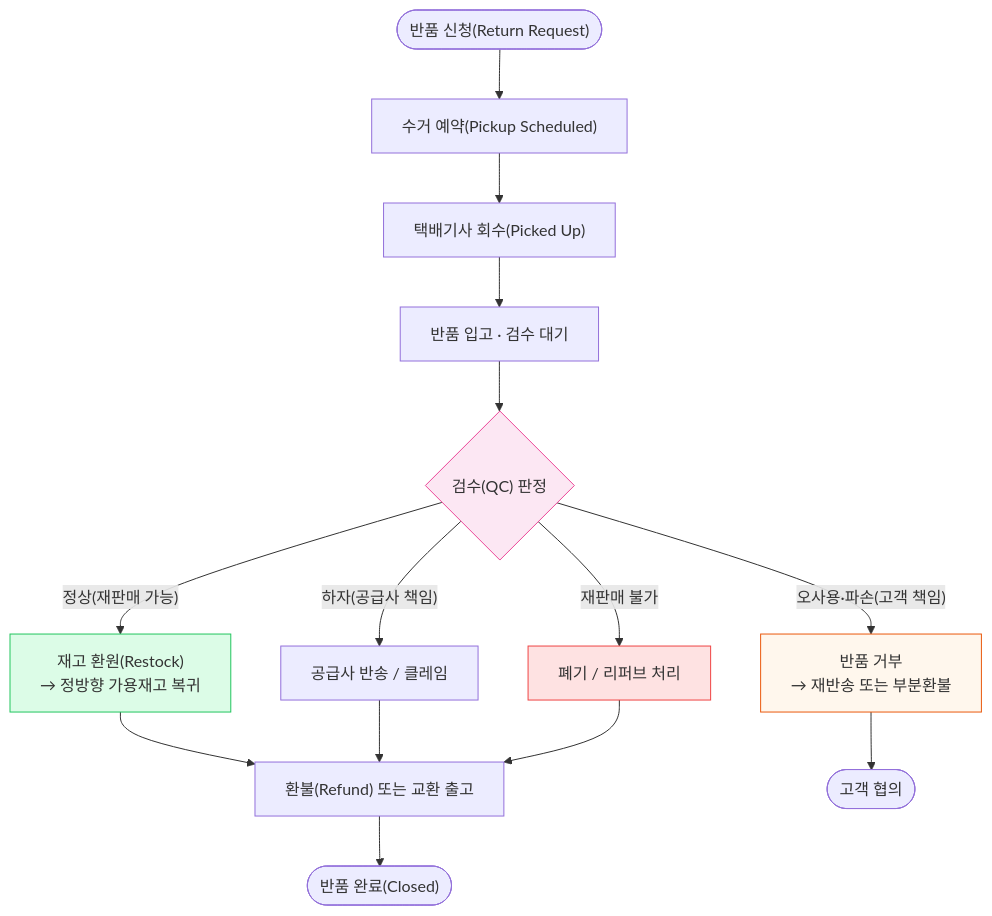
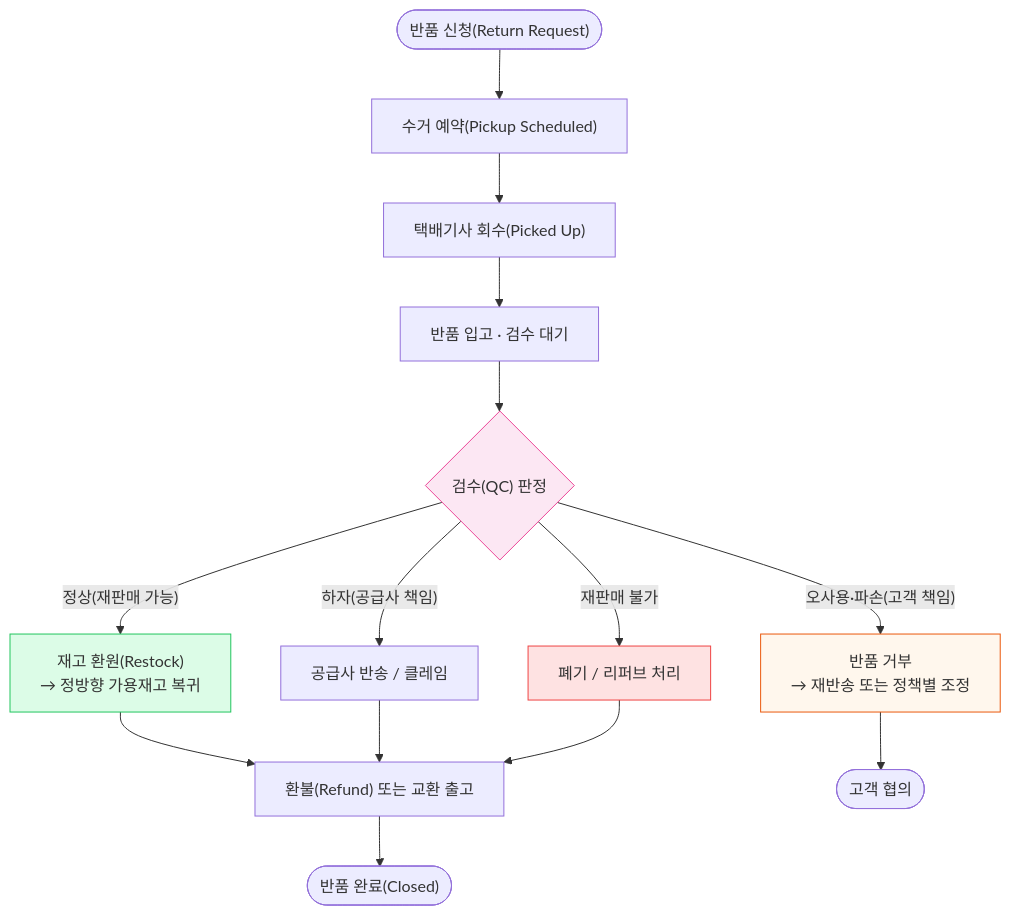
Before and after one commit to hyeongseoblim/systemdesign: the first of 3 diagrams in apps/api/src/main/resources/content/logistics-06-returns-reverse-logistics.md, drawn with Mermaid. The commit also changed other lines of this file and 96 other files, not shown here.

````diff
--- a/apps/api/src/main/resources/content/logistics-06-returns-reverse-logistics.md
+++ b/apps/api/src/main/resources/content/logistics-06-returns-reverse-logistics.md
@@ -48,21 +40,21 @@
 ```mermaid
 flowchart TB
     Start(["반품 신청(Return Request)"]) --> Schedule["수거 예약(Pickup Scheduled)"]
     Schedule --> Pickup["택배기사 회수(Picked Up)"]
     Pickup --> Inbound["반품 입고 · 검수 대기"]
     Inbound --> QC{"검수(QC) 판정"}
     QC -->|"정상(재판매 가능)"| Restock["재고 환원(Restock)\n→ 정방향 가용재고 복귀"]
     QC -->|"하자(공급사 책임)"| Vendor["공급사 반송 / 클레임"]
-    QC -->|"오사용·파손(고객 책임)"| Reject["반품 거부\n→ 재반송 또는 부분환불"]
+    QC -->|"오사용·파손(고객 책임)"| Reject["반품 거부\n→ 재반송 또는 정책별 조정"]
     QC -->|"재판매 불가"| Dispose["폐기 / 리퍼브 처리"]
     Restock --> Refund["환불(Refund) 또는 교환 출고"]
     Vendor --> Refund
     Dispose --> Refund
     Reject --> End2(["고객 협의"])
     Refund --> End(["반품 완료(Closed)"])
 
     style Restock fill:#dcfce7,stroke:#22c55e
     style QC fill:#fce7f3,stroke:#ec4899
     style Reject fill:#fff7ed,stroke:#ea580c
     style Dispose fill:#fee2e2,stroke:#ef4444
 ```
````
